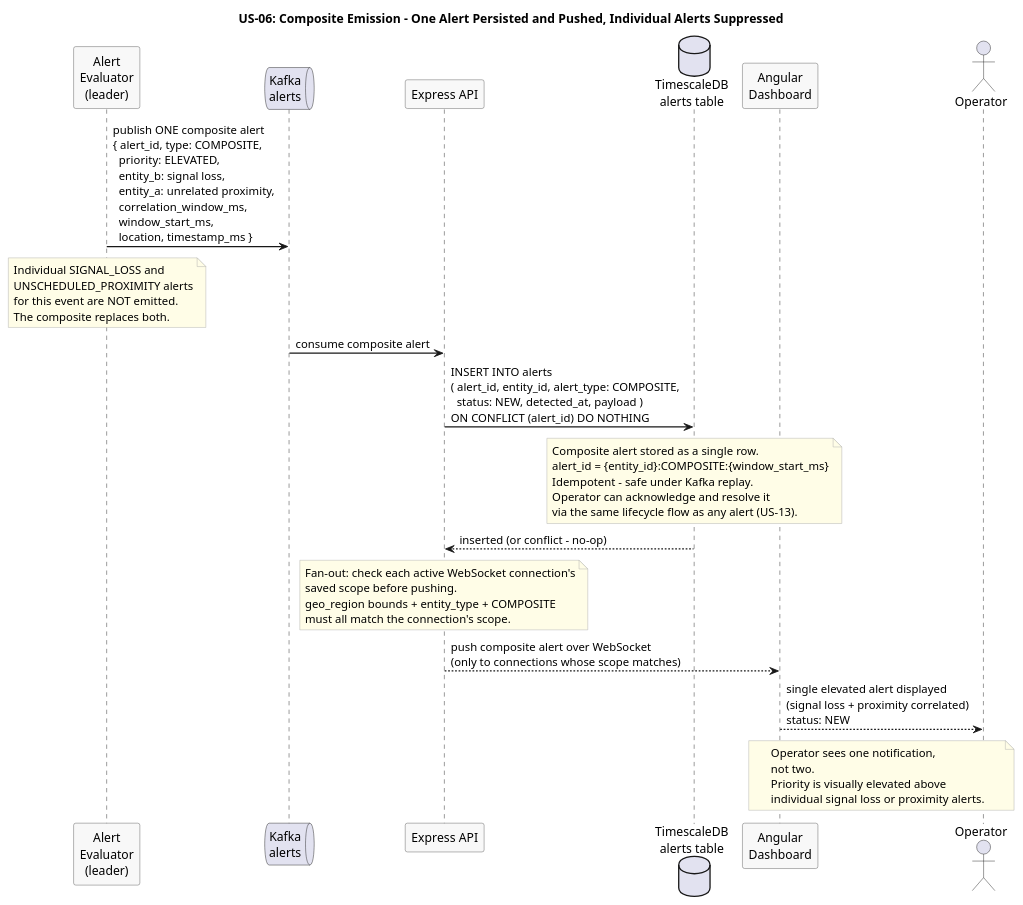
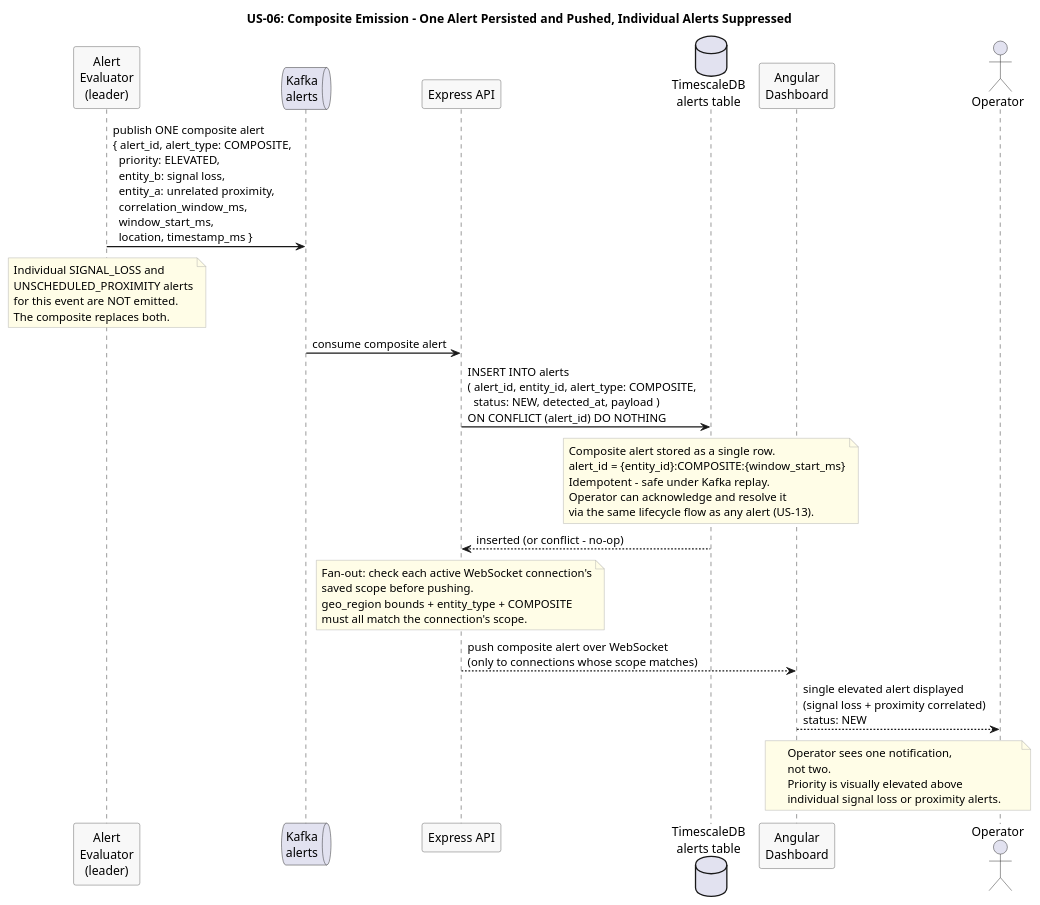
One commit to Buffden/sentinel changed the diagram in docs/use-cases/US-06-composite-alert/composite-emission.puml. Above: the diagram before and after it, drawn with PlantUML. The commit also changed 6 other files, not shown here.

First line of the commit message:
docs: fix field name inconsistencies across architecture docs and PUMLs

```diff
--- a/docs/use-cases/US-06-composite-alert/composite-emission.puml
+++ b/docs/use-cases/US-06-composite-alert/composite-emission.puml
@@ -1,58 +1,58 @@
 @startuml composite-emission
 title US-06: Composite Emission - One Alert Persisted and Pushed, Individual Alerts Suppressed
 
 skinparam sequenceArrowThickness 1.5
 skinparam participantBorderColor #555555
 skinparam participantBackgroundColor #F8F8F8
 skinparam noteBorderColor #AAAAAA
 skinparam noteBackgroundColor #FFFDE7
 
 participant "Alert\nEvaluator\n(leader)" as Evaluator
 queue "Kafka\nalerts" as Kafka
 participant "Express API" as API
 database "TimescaleDB\nalerts table" as TSDB
 participant "Angular\nDashboard" as Dashboard
 actor Operator
 
-Evaluator -> Kafka : publish ONE composite alert\n{ alert_id, type: COMPOSITE,\n  priority: ELEVATED,\n  entity_b: signal loss,\n  entity_a: unrelated proximity,\n  correlation_window_ms,\n  window_start_ms,\n  location, timestamp_ms }
+Evaluator -> Kafka : publish ONE composite alert\n{ alert_id, alert_type: COMPOSITE,\n  priority: ELEVATED,\n  entity_b: signal loss,\n  entity_a: unrelated proximity,\n  correlation_window_ms,\n  window_start_ms,\n  location, timestamp_ms }
 
 note over Evaluator
   Individual SIGNAL_LOSS and
   UNSCHEDULED_PROXIMITY alerts
   for this event are NOT emitted.
   The composite replaces both.
 end note
 
 Kafka -> API : consume composite alert
 
 API -> TSDB : INSERT INTO alerts\n( alert_id, entity_id, alert_type: COMPOSITE,\n  status: NEW, detected_at, payload )\nON CONFLICT (alert_id) DO NOTHING
 
 note over TSDB
   Composite alert stored as a single row.
   alert_id = {entity_id}:COMPOSITE:{window_start_ms}
   Idempotent - safe under Kafka replay.
   Operator can acknowledge and resolve it
   via the same lifecycle flow as any alert (US-13).
 end note
 
 TSDB --> API : inserted (or conflict - no-op)
 
 note over API
   Fan-out: check each active WebSocket connection's
   saved scope before pushing.
   geo_region bounds + entity_type + COMPOSITE
   must all match the connection's scope.
 end note
 
 API --> Dashboard : push composite alert over WebSocket\n(only to connections whose scope matches)
 
 Dashboard --> Operator : single elevated alert displayed\n(signal loss + proximity correlated)\nstatus: NEW
 
 note over Dashboard, Operator
   Operator sees one notification,
   not two.
   Priority is visually elevated above
   individual signal loss or proximity alerts.
 end note
 
 @enduml
```
